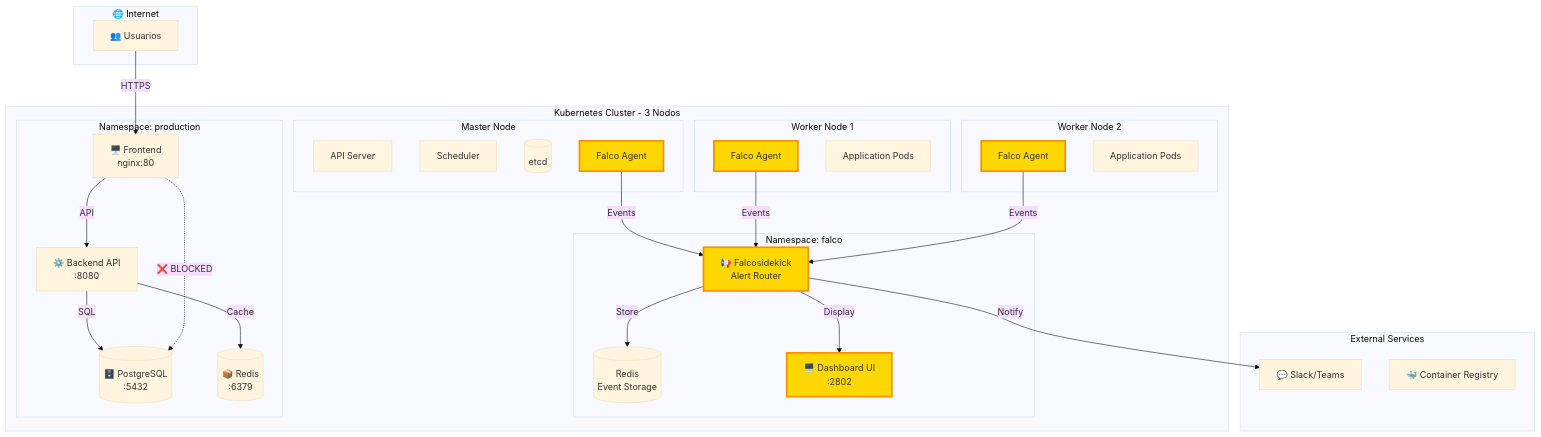
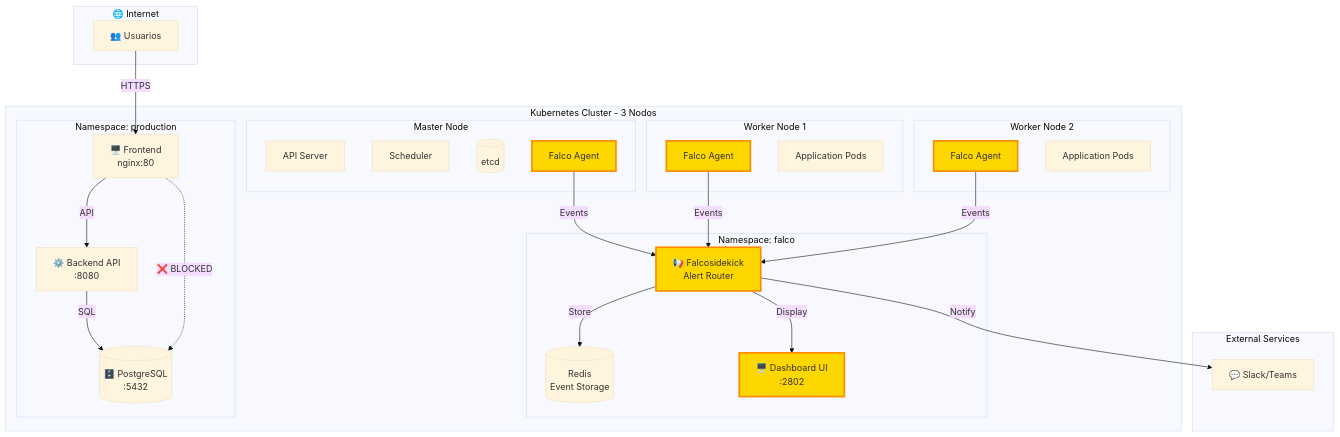
The second of 2 diagrams in complete_readme.md (jluisar7575/proyecto-equipo-4), drawn with Mermaid (base theme) before and after one commit. The commit also changed other lines of this file, not shown here.

````diff
--- a/complete_readme.md
+++ b/complete_readme.md
@@ -50,60 +64,57 @@
 ```mermaid
 graph TB
     subgraph Internet["🌐 Internet"]
         Users[👥 Usuarios]
     end
     
     subgraph Cluster["Kubernetes Cluster - 3 Nodos"]
         subgraph Master["Master Node"]
             API[API Server]
             Scheduler[Scheduler]
             ETCD[(etcd)]
             FalcoM[Falco Agent]
         end
         
         subgraph Worker1["Worker Node 1"]
             FalcoW1[Falco Agent]
             Pods1[Application Pods]
         end
         
         subgraph Worker2["Worker Node 2"]
             FalcoW2[Falco Agent]
             Pods2[Application Pods]
         end
         
         subgraph FalcoNS["Namespace: falco"]
             Falcosidekick[📢 Falcosidekick<br/>Alert Router]
             Redis[(Redis<br/>Event Storage)]
             FalcoUI[🖥️ Dashboard UI<br/>:2802]
         end
         
         subgraph ProdNS["Namespace: production"]
             Frontend[🖥️ Frontend<br/>nginx:80]
             Backend[⚙️ Backend API<br/>:8080]
             Database[(🗄️ PostgreSQL<br/>:5432)]
-            Cache[(📦 Redis<br/>:6379)]
         end
     end
     
     subgraph External["External Services"]
         Slack[💬 Slack/Teams]
-        Registry[🐳 Container Registry]
     end
     
     Users -->|HTTPS| Frontend
     Frontend -->|API| Backend
     Backend -->|SQL| Database
-    Backend -->|Cache| Cache
     Frontend -.->|❌ BLOCKED| Database
     
     FalcoM -->|Events| Falcosidekick
     FalcoW1 -->|Events| Falcosidekick
     FalcoW2 -->|Events| Falcosidekick
     Falcosidekick -->|Store| Redis
     Falcosidekick -->|Display| FalcoUI
     Falcosidekick -->|Notify| Slack
     
     classDef security fill:#FFD700,stroke:#FF8C00,stroke-width:3px
     classDef blocked fill:#FFB6C6,stroke:#8B0000,stroke-width:2px,stroke-dasharray: 5 5
     class FalcoM,FalcoW1,FalcoW2,Falcosidekick,FalcoUI security
 ```
````
